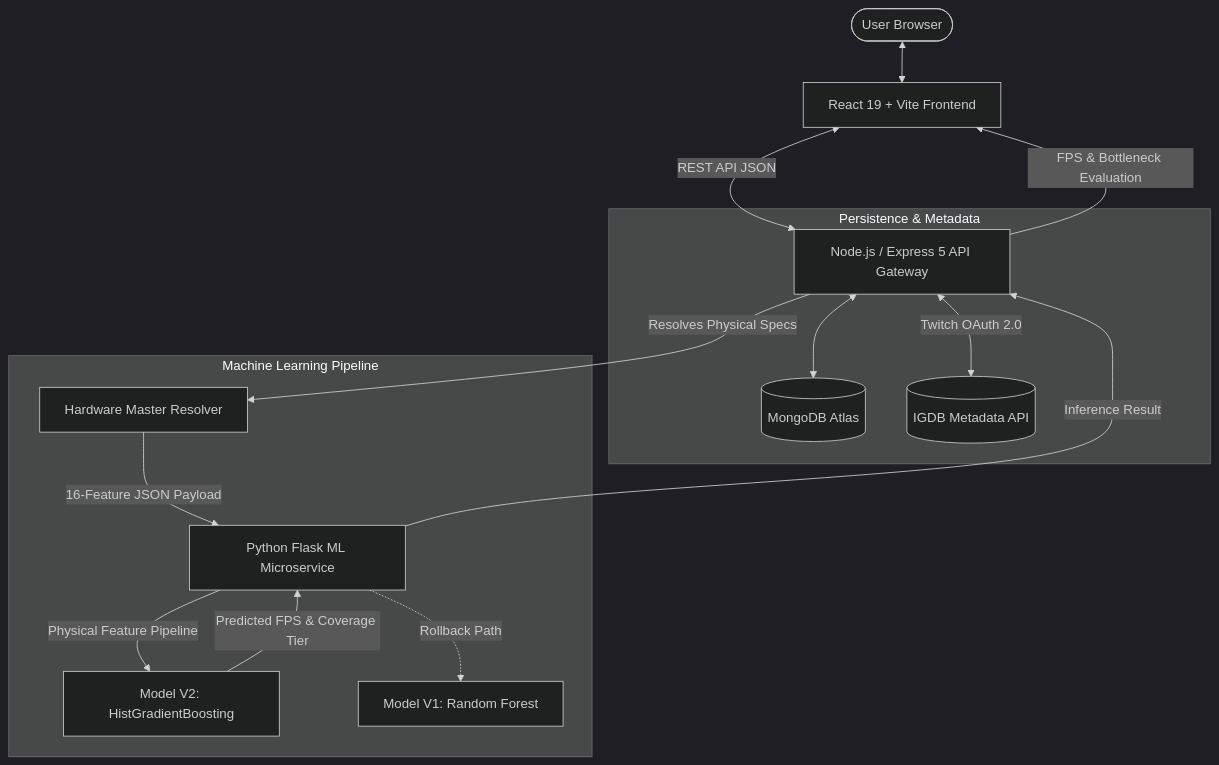
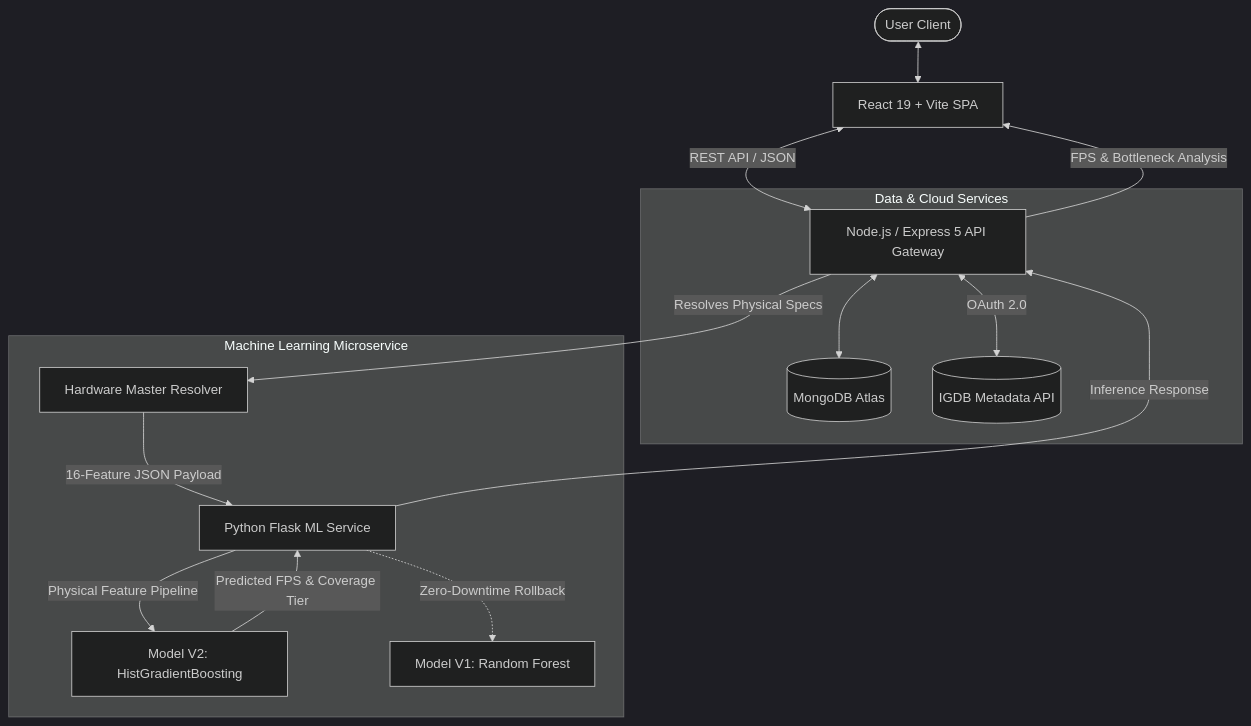
One commit to shamalsathsara/hardware-bottleneck-analyzer changed the second of 3 diagrams in README.md. Above: the diagram before and after it, drawn with Mermaid (dark theme). The commit also changed other lines of this file, not shown here.

Commit message:
docs: overhaul README with updated project features, architectural diagrams, and service badges

````diff
--- a/README.md
+++ b/README.md
@@ -59,21 +79,21 @@
 ```mermaid
 flowchart TD
-    User([User Browser]) <--> React[React 19 + Vite Frontend]
-    React <-->|REST API JSON| Node[Node.js / Express 5 API Gateway]
-    
-    subgraph Persistence & Metadata
+    User([User Client]) <--> React[React 19 + Vite SPA]
+    React <-->|REST API / JSON| Node[Node.js / Express 5 API Gateway]
+
+    subgraph Data & Cloud Services
         Node <--> MongoDB[(MongoDB Atlas)]
-        Node <-->|Twitch OAuth 2.0| IGDB[(IGDB Metadata API)]
+        Node <-->|OAuth 2.0| IGDB[(IGDB Metadata API)]
     end
 
-    subgraph Machine Learning Pipeline
+    subgraph Machine Learning Microservice
         Node -->|Resolves Physical Specs| Resolver[Hardware Master Resolver]
-        Resolver -->|16-Feature JSON Payload| Flask[Python Flask ML Microservice]
+        Resolver -->|16-Feature JSON Payload| Flask[Python Flask ML Service]
         Flask -->|Physical Feature Pipeline| ModelV2[Model V2: HistGradientBoosting]
-        Flask -.->|Rollback Path| ModelV1[Model V1: Random Forest]
+        Flask -.->|Zero-Downtime Rollback| ModelV1[Model V1: Random Forest]
         ModelV2 -->|Predicted FPS & Coverage Tier| Flask
-        Flask -->|Inference Result| Node
+        Flask -->|Inference Response| Node
     end
 
-    Node -->|FPS & Bottleneck Evaluation| React
+    Node -->|FPS & Bottleneck Analysis| React
 ```
````
